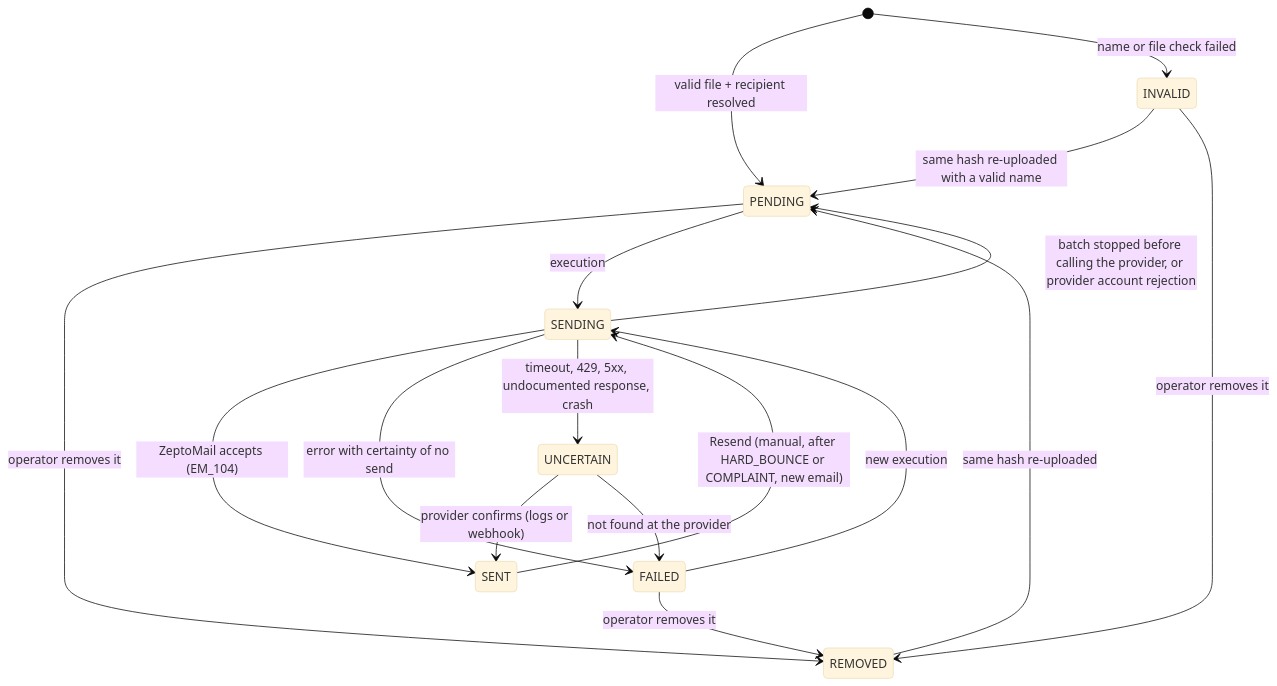
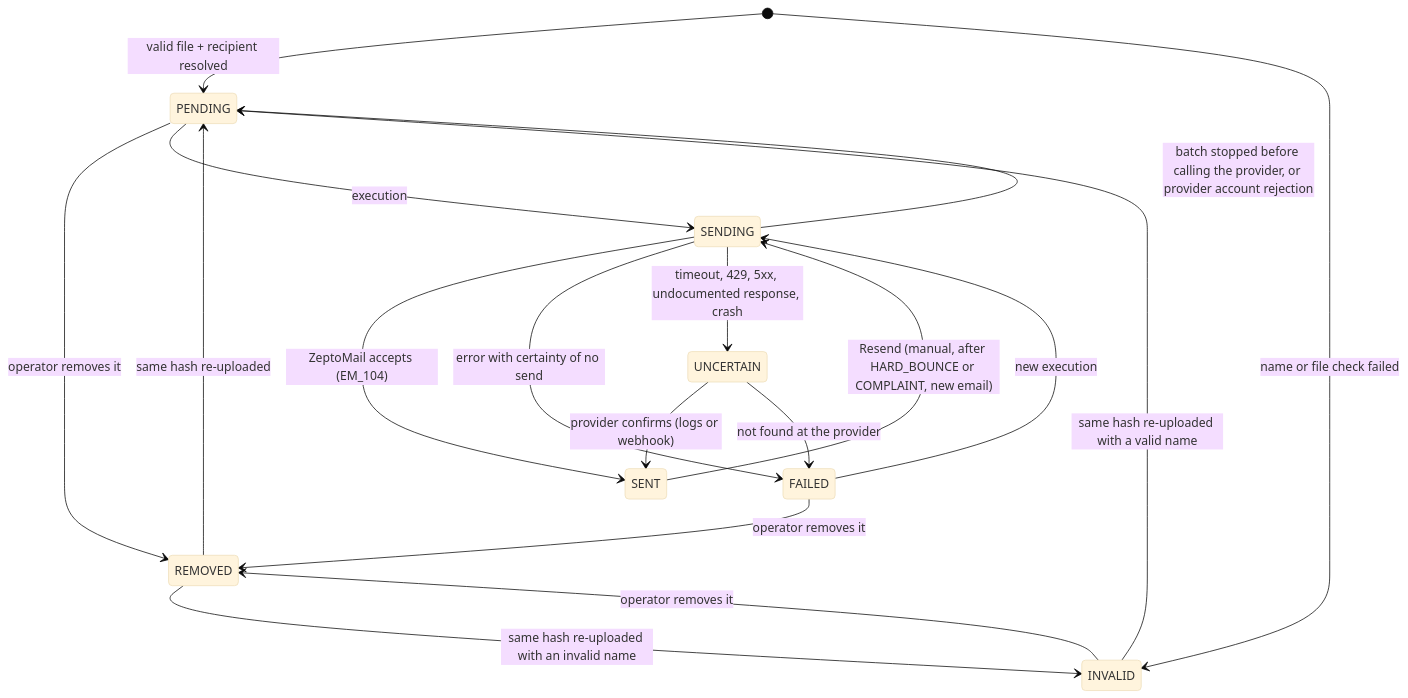
One commit to Ramioy/bulk-mailer-backend changed the fourth of 6 diagrams in docs/architecture/arquitectura.md. Above: the diagram before and after it, drawn with Mermaid (base theme). The commit also changed other lines of this file and 31 other files, not shown here.

````diff
--- a/docs/architecture/arquitectura.md
+++ b/docs/architecture/arquitectura.md
@@ -187,19 +187,20 @@
 ```mermaid
 stateDiagram-v2
     [*] --> PENDING: valid file + recipient resolved
     [*] --> INVALID: name or file check failed
     INVALID --> PENDING: same hash re-uploaded with a valid name
     PENDING --> REMOVED: operator removes it
     INVALID --> REMOVED: operator removes it
     FAILED --> REMOVED: operator removes it
     REMOVED --> PENDING: same hash re-uploaded
+    REMOVED --> INVALID: same hash re-uploaded with an invalid name
     PENDING --> SENDING: execution
     FAILED --> SENDING: new execution
     SENDING --> SENT: ZeptoMail accepts (EM_104)
     SENDING --> FAILED: error with certainty of no send
     SENDING --> PENDING: batch stopped before calling the provider, or provider account rejection
     SENDING --> UNCERTAIN: timeout, 429, 5xx, undocumented response, crash
     UNCERTAIN --> SENT: provider confirms (logs or webhook)
     UNCERTAIN --> FAILED: not found at the provider
     SENT --> SENDING: Resend (manual, after HARD_BOUNCE or COMPLAINT, new email)
 ```
````
